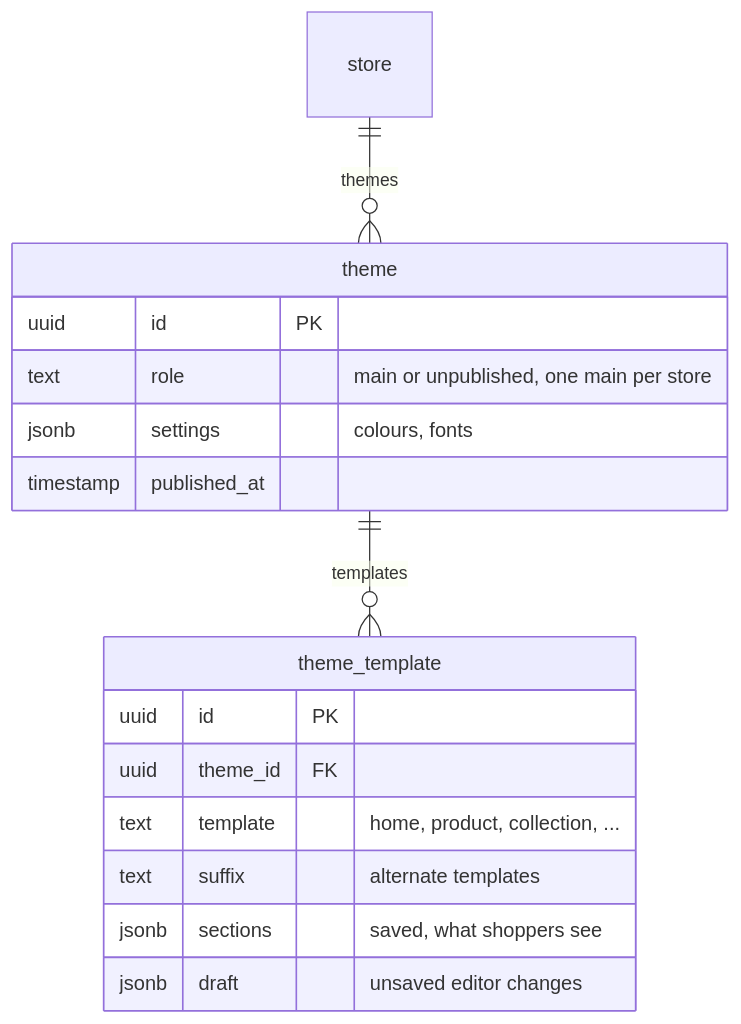
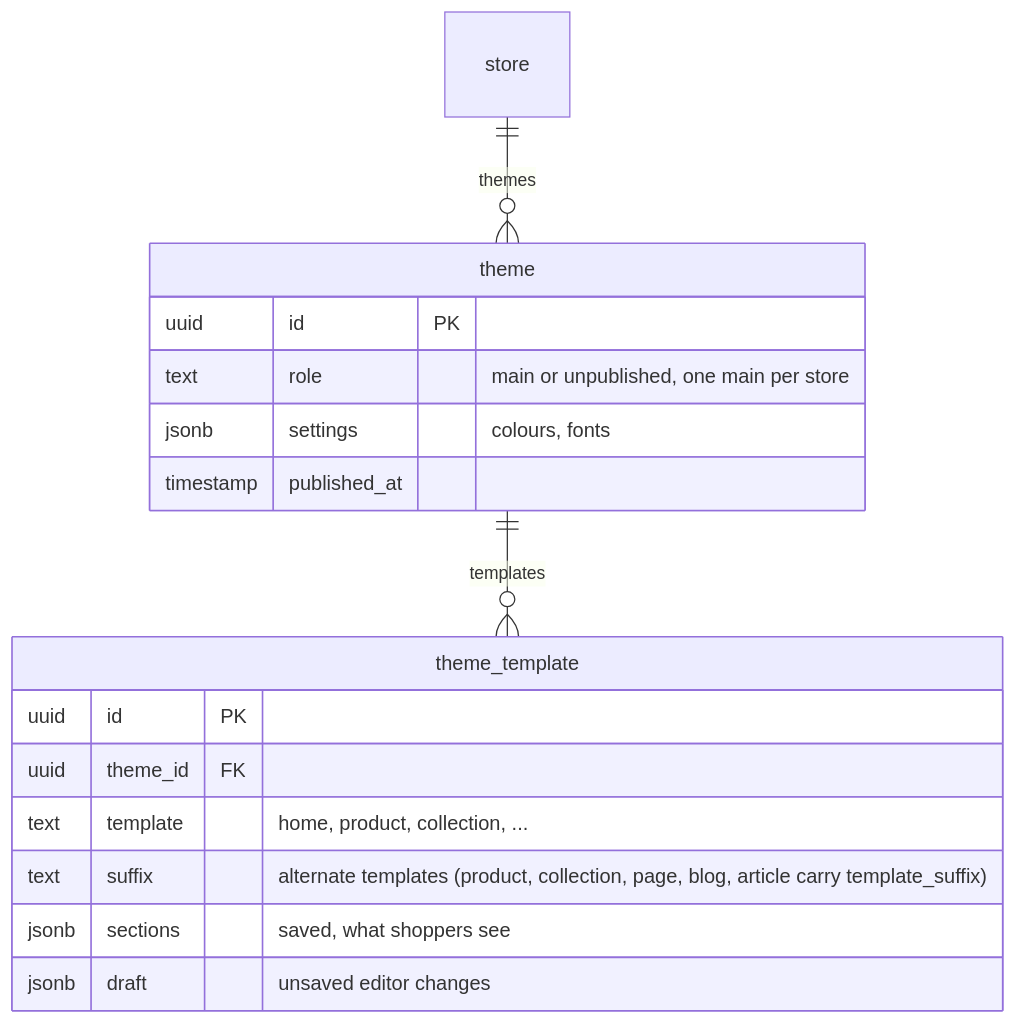
Before and after one commit to Viora-Tech/e-commerce: the third of 4 diagrams in apps/docs/content/developer-docs/building/data-model.mdx, drawn with Mermaid. The commit also changed 32 other files, not shown here.

First line of the commit message:
feat(themes): blog and post templates, usage counts and a template manager

````diff
--- a/apps/docs/content/developer-docs/building/data-model.mdx
+++ b/apps/docs/content/developer-docs/building/data-model.mdx
@@ -158,20 +158,20 @@
 ```mermaid
 erDiagram
   store ||--o{ theme : "themes"
   theme ||--o{ theme_template : "templates"
 
   theme {
     uuid id PK
     text role "main or unpublished, one main per store"
     jsonb settings "colours, fonts"
     timestamp published_at
   }
   theme_template {
     uuid id PK
     uuid theme_id FK
     text template "home, product, collection, ..."
-    text suffix "alternate templates"
+    text suffix "alternate templates (product, collection, page, blog, article carry template_suffix)"
     jsonb sections "saved, what shoppers see"
     jsonb draft "unsaved editor changes"
   }
 ```
````
